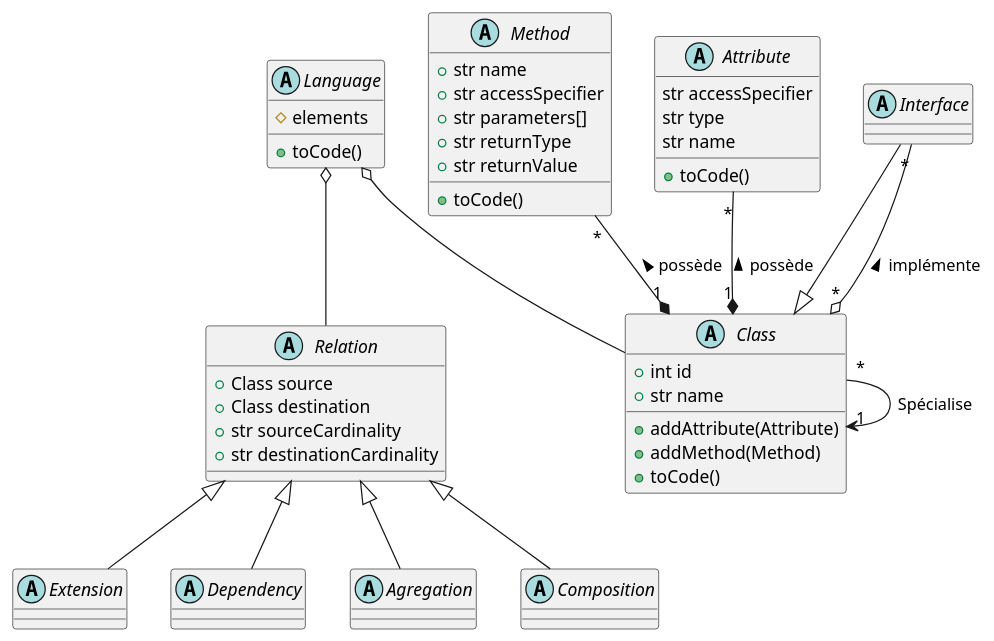
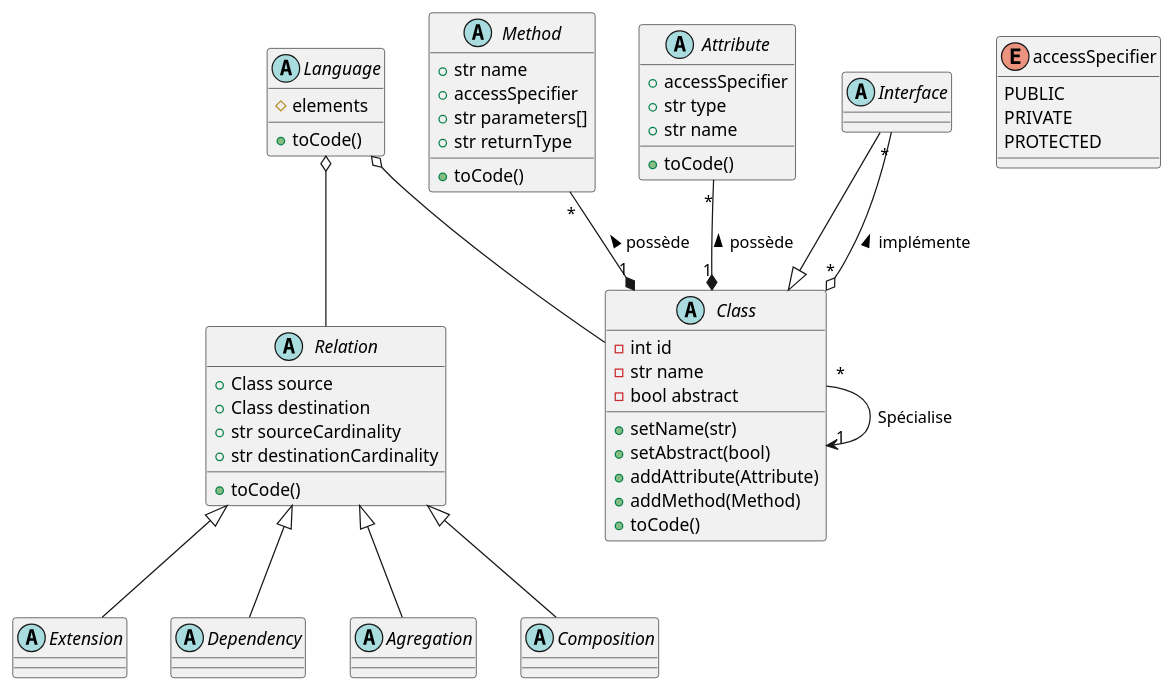
The diagram in core/core_diagram.puml (bobbysenior/uml2code-mirror), drawn with PlantUML before and after one commit. The commit also changed 1 other file, not shown here.

Commit message:
added enum for access specifiers

```diff
--- a/core/core_diagram.puml
+++ b/core/core_diagram.puml
@@ -1,65 +1,74 @@
 @startuml
 
 abstract class Language {
   #elements
   +toCode()
 }
 
 abstract class Relation {
   +Class source
   +Class destination
   +str sourceCardinality
   +str destinationCardinality
+  +toCode()
 }
 
 abstract class Extension {
 
 }
 abstract class Dependency {}
 abstract class Agregation {}
 abstract class Composition {}
 
 abstract class Class {
-  +int id
-  +str name
+  -int id
+  -str name
+  -bool abstract
+  +setName(str)
+  +setAbstract(bool)
   +addAttribute(Attribute)
   +addMethod(Method)
   +toCode()
 }
 
 abstract class Method {
   +str name
-  +str accessSpecifier
+  +accessSpecifier
   +str parameters[]
   +str returnType
-  +str returnValue
   +toCode()
 }
 
 abstract class Attribute {
-  str accessSpecifier
-  str type
-  str name
+  +accessSpecifier
+  +str type
+  +str name
   +toCode()
 }
 
 abstract class Interface {
+}
+
+enum accessSpecifier {
+  PUBLIC
+  PRIVATE
+  PROTECTED
 }
 
 Interface --|> Class
 
 Attribute "*" --* "1" Class : < possède
 Method "*" --* "1" Class : < possède
 Interface "*" --o "*" Class : implémente <
 Class "*" --> "1" Class : Spécialise
 
 Relation <|-- Extension
 Relation <|-- Dependency
 Relation <|-- Agregation
 Relation <|-- Composition
 
 
 Language o-- Relation
 Language o-- Class
 
 @enduml
```
